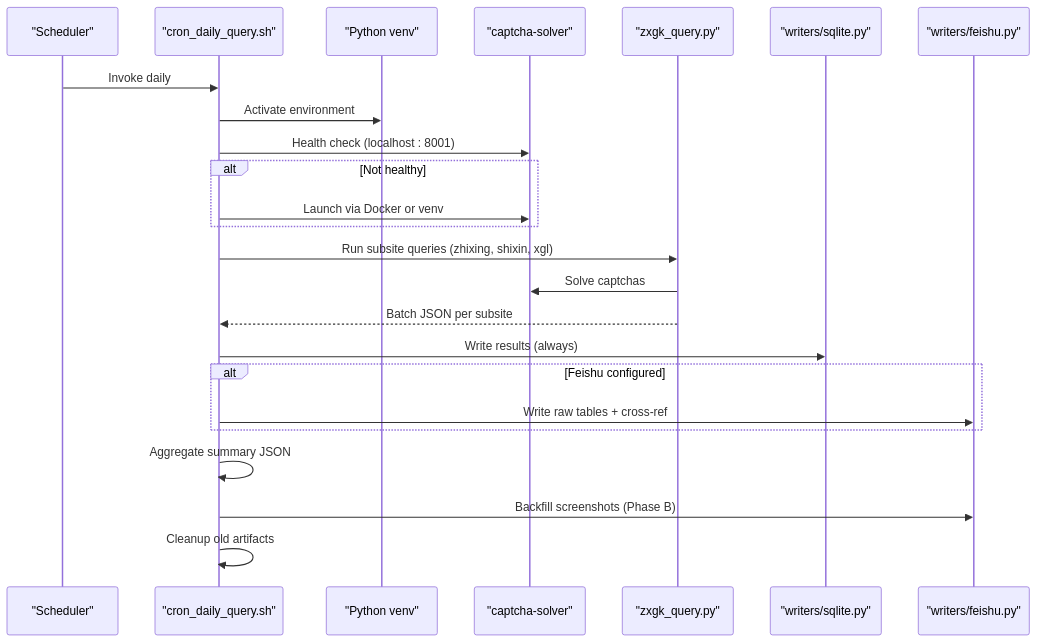
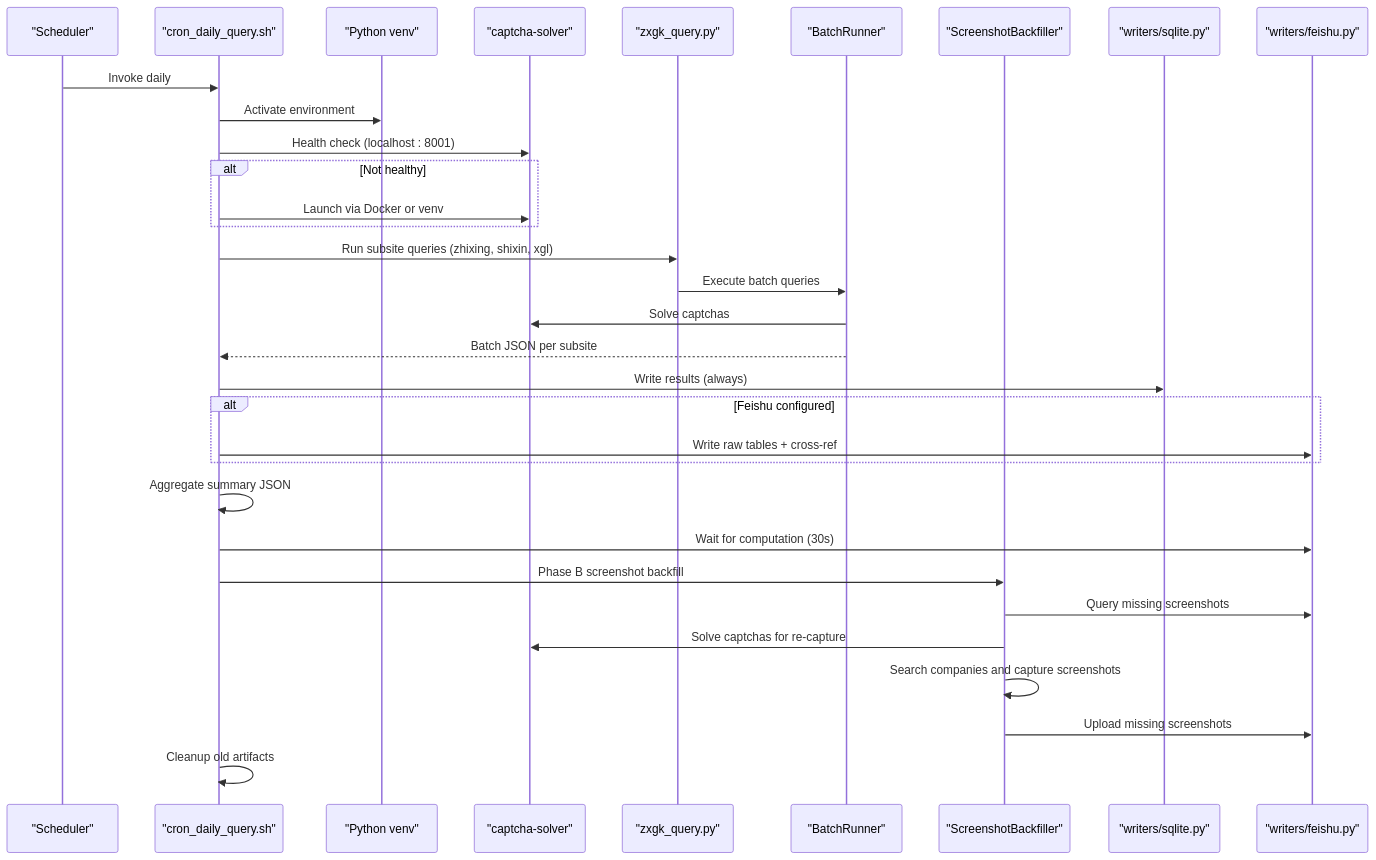
The second of 8 diagrams in .qoder/repowiki/en/content/Daily Workflow Orchestration.md (supotato-ipj/zxgk_auto_query-skill), drawn with Mermaid before and after one commit. The commit also changed other lines of this file and 24 other files, not shown here.

````diff
--- a/.qoder/repowiki/en/content/Daily Workflow Orchestration.md
+++ b/.qoder/repowiki/en/content/Daily Workflow Orchestration.md
@@ -121,26 +150,34 @@
 ```mermaid
 sequenceDiagram
 participant Cron as "Scheduler"
 participant Orchestrator as "cron_daily_query.sh"
 participant Venv as "Python venv"
 participant Captcha as "captcha-solver"
 participant CLI as "zxgk_query.py"
+participant Runner as "BatchRunner"
+participant Backfill as "ScreenshotBackfiller"
 participant SQLite as "writers/sqlite.py"
 participant Feishu as "writers/feishu.py"
 Cron->>Orchestrator : Invoke daily
 Orchestrator->>Venv : Activate environment
 Orchestrator->>Captcha : Health check (localhost : 8001)
 alt Not healthy
 Orchestrator->>Captcha : Launch via Docker or venv
 end
 Orchestrator->>CLI : Run subsite queries (zhixing, shixin, xgl)
-CLI->>Captcha : Solve captchas
-CLI-->>Orchestrator : Batch JSON per subsite
+CLI->>Runner : Execute batch queries
+Runner->>Captcha : Solve captchas
+Runner-->>Orchestrator : Batch JSON per subsite
 Orchestrator->>SQLite : Write results (always)
 alt Feishu configured
 Orchestrator->>Feishu : Write raw tables + cross-ref
 end
 Orchestrator->>Orchestrator : Aggregate summary JSON
-Orchestrator->>Feishu : Backfill screenshots (Phase B)
+Orchestrator->>Feishu : Wait for computation (30s)
+Orchestrator->>Backfill : Phase B screenshot backfill
+Backfill->>Feishu : Query missing screenshots
+Backfill->>Captcha : Solve captchas for re-capture
+Backfill->>Backfill : Search companies and capture screenshots
+Backfill->>Feishu : Upload missing screenshots
 Orchestrator->>Orchestrator : Cleanup old artifacts
 ```
````
